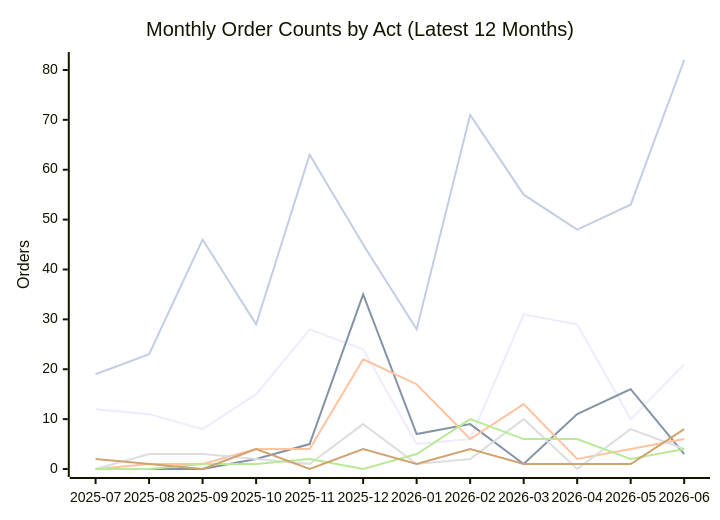
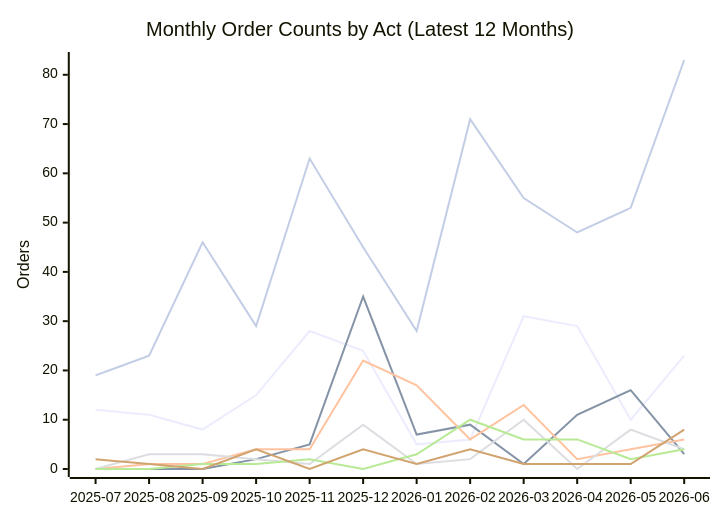
The second of 2 diagrams in README.md (PatLittle/oic-data), drawn with Mermaid before and after one commit. The commit also changed other lines of this file and 7 other files, not shown here.

````diff
--- a/README.md
+++ b/README.md
@@ -71,13 +71,13 @@
 ```mermaid
 xychart-beta
     title "Monthly Order Counts by Act (Latest 12 Months)"
     x-axis ["2025-07", "2025-08", "2025-09", "2025-10", "2025-11", "2025-12", "2026-01", "2026-02", "2026-03", "2026-04", "2026-05", "2026-06"]
-    y-axis "Orders" 0 --> 82
-    line [12, 11, 8, 15, 28, 24, 5, 6, 31, 29, 10, 21]
+    y-axis "Orders" 0 --> 83
+    line [12, 11, 8, 15, 28, 24, 5, 6, 31, 29, 10, 23]
     line [0, 0, 0, 2, 5, 35, 7, 9, 1, 11, 16, 3]
     line [0, 1, 1, 4, 4, 22, 17, 6, 13, 2, 4, 6]
     line [0, 3, 3, 2, 1, 9, 1, 2, 10, 0, 8, 4]
     line [0, 0, 1, 1, 2, 0, 3, 10, 6, 6, 2, 4]
     line [2, 1, 0, 4, 0, 4, 1, 4, 1, 1, 1, 8]
-    line [19, 23, 46, 29, 63, 45, 28, 71, 55, 48, 53, 82]
+    line [19, 23, 46, 29, 63, 45, 28, 71, 55, 48, 53, 83]
 ```
````
